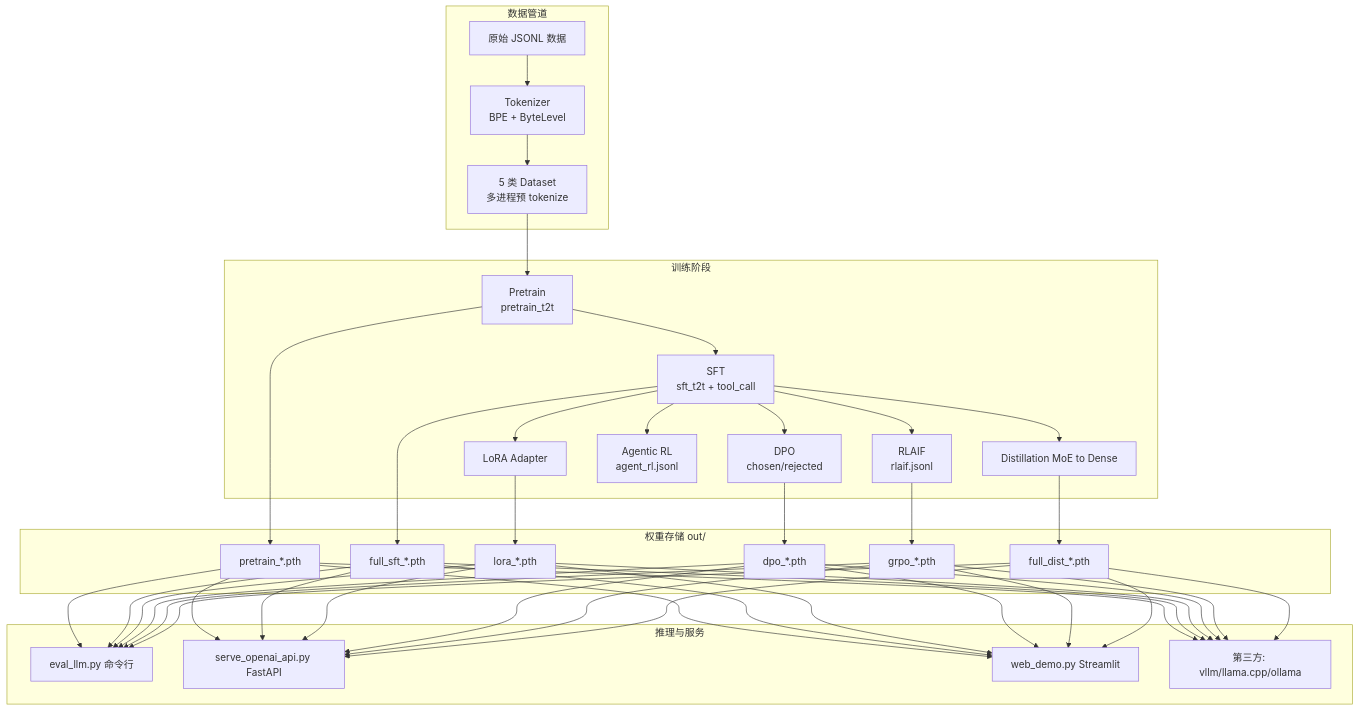
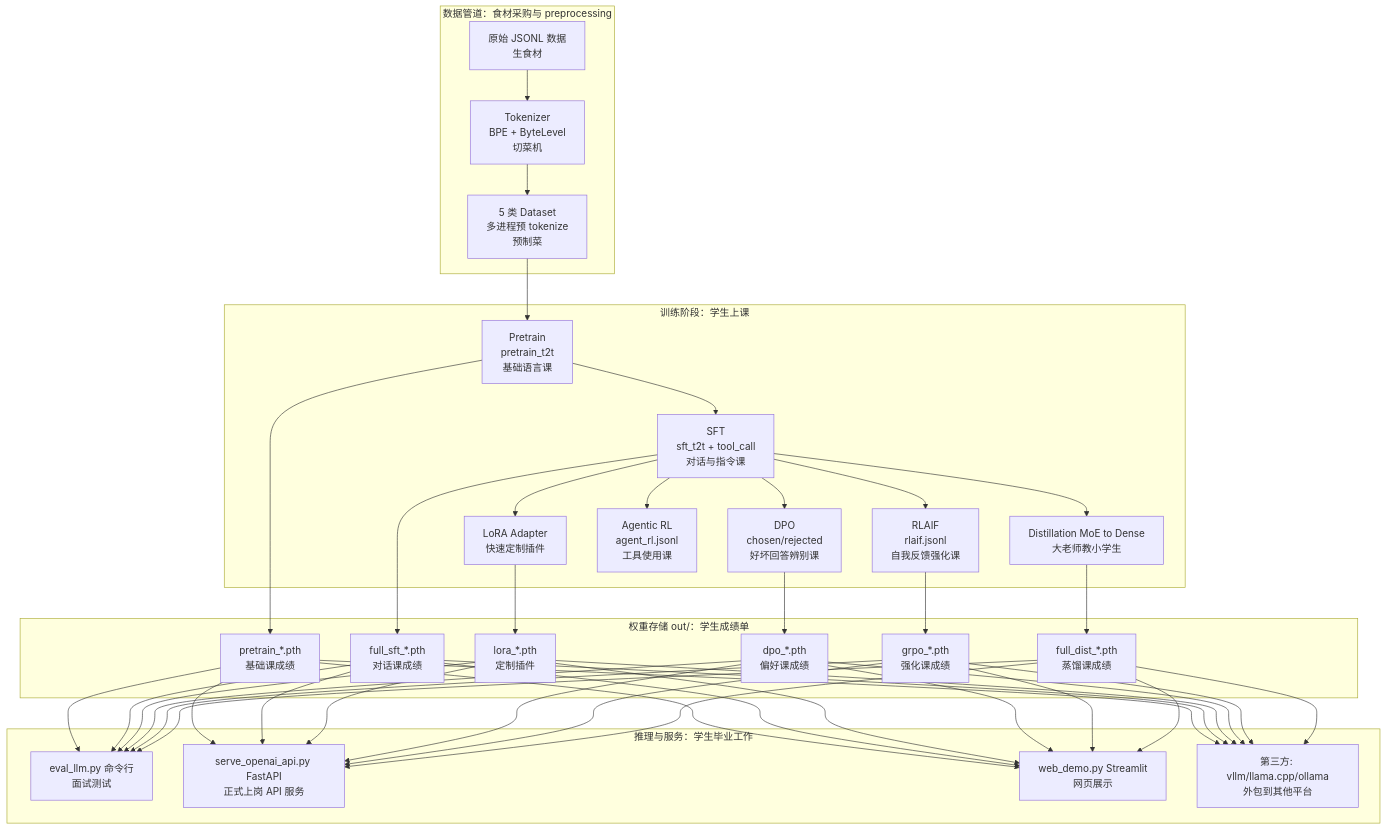
Before and after one commit to Leavesfly/minimind: the second of 2 diagrams in docs/02-architecture.md, drawn with Mermaid. The commit also changed other lines of this file and 16 other files, not shown here.

````diff
--- a/docs/02-architecture.md
+++ b/docs/02-architecture.md
@@ -100,44 +113,44 @@
 ```mermaid
 flowchart TB
-    subgraph DataPipeline[数据管道]
-        DS1[原始 JSONL 数据]
-        DS2[Tokenizer<br/>BPE + ByteLevel]
-        DS3[5 类 Dataset<br/>多进程预 tokenize]
+    subgraph DataPipeline[数据管道：食材采购与 preprocessing]
+        DS1[原始 JSONL 数据<br/>生食材]
+        DS2[Tokenizer<br/>BPE + ByteLevel<br/>切菜机]
+        DS3[5 类 Dataset<br/>多进程预 tokenize<br/>预制菜]
         DS1 --> DS2 --> DS3
     end
 
-    subgraph Training[训练阶段]
-        T1[Pretrain<br/>pretrain_t2t]
-        T2[SFT<br/>sft_t2t + tool_call]
-        T3a[LoRA Adapter]
-        T3b[DPO<br/>chosen/rejected]
-        T3c[RLAIF<br/>rlaif.jsonl]
-        T3d[Agentic RL<br/>agent_rl.jsonl]
-        T3e[Distillation MoE to Dense]
+    subgraph Training[训练阶段：学生上课]
+        T1[Pretrain<br/>pretrain_t2t<br/>基础语言课]
+        T2[SFT<br/>sft_t2t + tool_call<br/>对话与指令课]
+        T3a[LoRA Adapter<br/>快速定制插件]
+        T3b[DPO<br/>chosen/rejected<br/>好坏回答辨别课]
+        T3c[RLAIF<br/>rlaif.jsonl<br/>自我反馈强化课]
+        T3d[Agentic RL<br/>agent_rl.jsonl<br/>工具使用课]
+        T3e[Distillation MoE to Dense<br/>大老师教小学生]
         DS3 --> T1 --> T2
         T2 --> T3a & T3b & T3c & T3d & T3e
     end
 
-    subgraph CkptStore[权重存储 out/]
-        CKP1[pretrain_*.pth]
-        CKP2[full_sft_*.pth]
-        CKP3[lora_*.pth]
-        CKP4[dpo_*.pth]
-        CKP5[grpo_*.pth]
-        CKP6[full_dist_*.pth]
+    subgraph CkptStore[权重存储 out/：学生成绩单]
+        CKP1[pretrain_*.pth<br/>基础课成绩]
+        CKP2[full_sft_*.pth<br/>对话课成绩]
+        CKP3[lora_*.pth<br/>定制插件]
+        CKP4[dpo_*.pth<br/>偏好课成绩]
+        CKP5[grpo_*.pth<br/>强化课成绩]
+        CKP6[full_dist_*.pth<br/>蒸馏课成绩]
         T1 --> CKP1
         T2 --> CKP2
         T3a --> CKP3
         T3b --> CKP4
         T3c --> CKP5
         T3e --> CKP6
     end
 
-    subgraph Inference[推理与服务]
-        I1[eval_llm.py 命令行]
-        I2[serve_openai_api.py FastAPI]
-        I3[web_demo.py Streamlit]
-        I4[第三方: vllm/llama.cpp/ollama]
+    subgraph Inference[推理与服务：学生毕业工作]
+        I1[eval_llm.py 命令行<br/>面试测试]
+        I2[serve_openai_api.py FastAPI<br/>正式上岗 API 服务]
+        I3[web_demo.py Streamlit<br/>网页展示]
+        I4[第三方: vllm/llama.cpp/ollama<br/>外包到其他平台]
         CKP1 & CKP2 & CKP3 & CKP4 & CKP5 & CKP6 --> I1 & I2 & I3 & I4
     end
 ```
````
